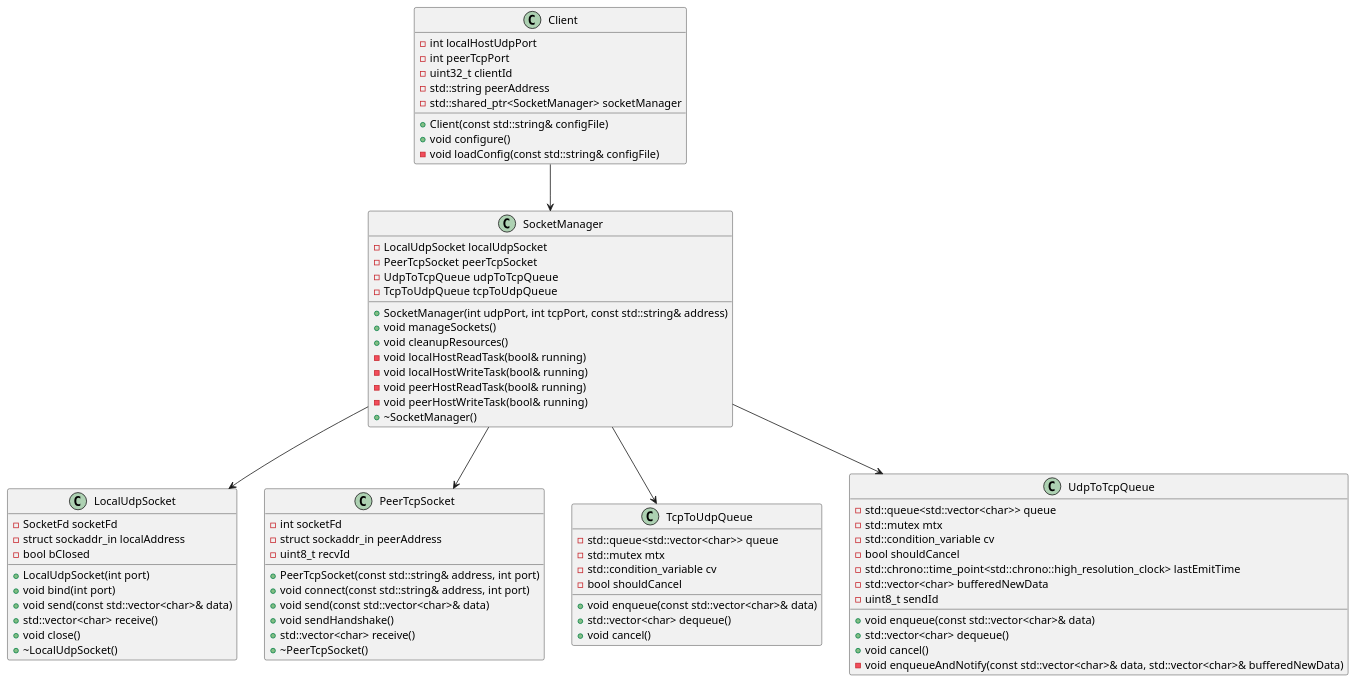
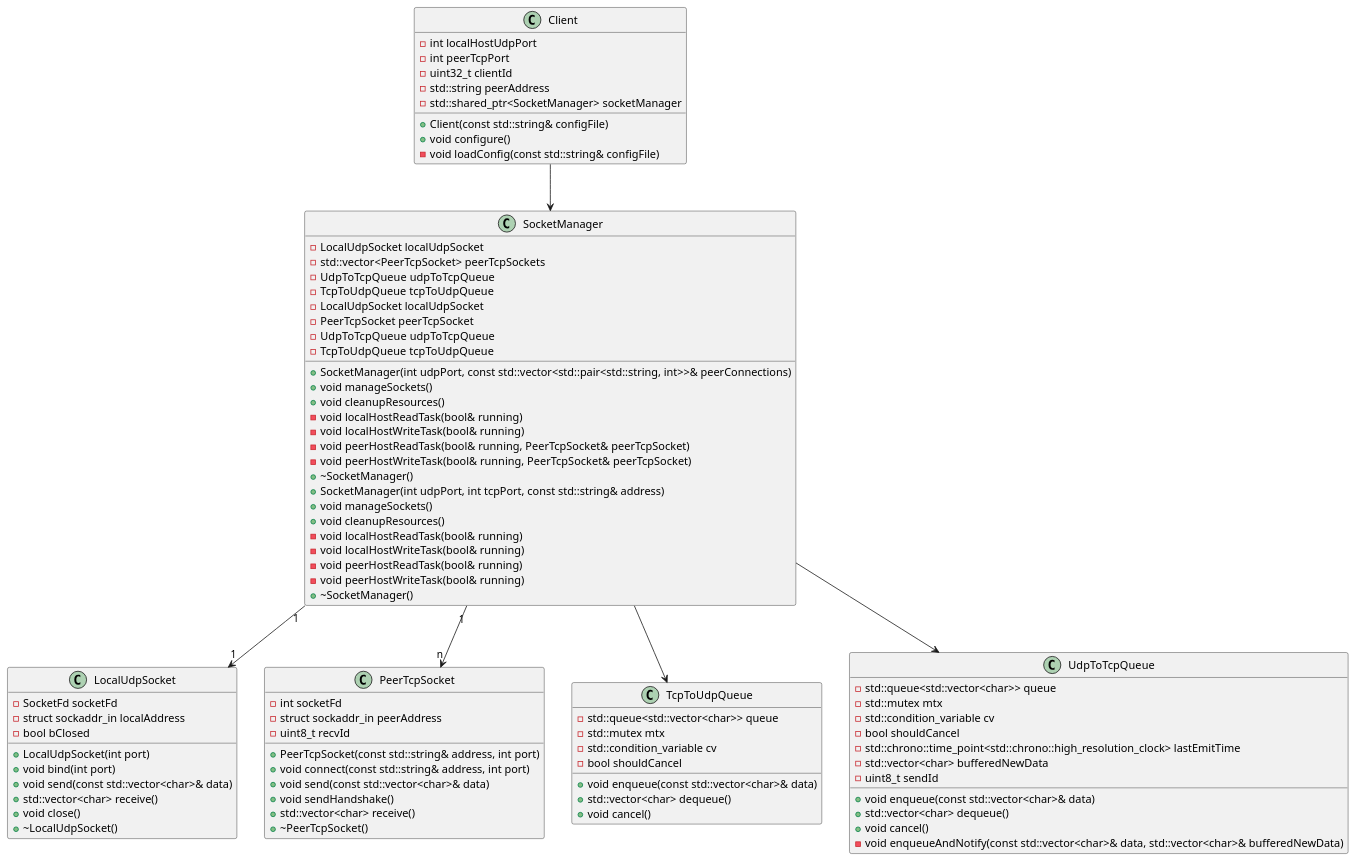
One commit to xiguichen/tcpudp changed the second of 2 diagrams in doc/client.md. Above: the diagram before and after it, drawn with PlantUML. The commit also changed 4 other files, not shown here.

```diff
--- a/doc/client.md
+++ b/doc/client.md
@@ -133,6 +133,20 @@
     + ~PeerTcpSocket()
 }
 
+class SocketManager {
+    - LocalUdpSocket localUdpSocket
+    - std::vector<PeerTcpSocket> peerTcpSockets
+    - UdpToTcpQueue udpToTcpQueue
+    - TcpToUdpQueue tcpToUdpQueue
+    + SocketManager(int udpPort, const std::vector<std::pair<std::string, int>>& peerConnections)
+    + void manageSockets()
+    + void cleanupResources()
+    - void localHostReadTask(bool& running)
+    - void localHostWriteTask(bool& running)
+    - void peerHostReadTask(bool& running, PeerTcpSocket& peerTcpSocket)
+    - void peerHostWriteTask(bool& running, PeerTcpSocket& peerTcpSocket)
+    + ~SocketManager()
+}
 class SocketManager {
     - LocalUdpSocket localUdpSocket
     - PeerTcpSocket peerTcpSocket
@@ -173,8 +187,8 @@
 }
 
 Client --> SocketManager
-SocketManager --> LocalUdpSocket
-SocketManager --> PeerTcpSocket
+SocketManager "1" --> "1" LocalUdpSocket
+SocketManager "1" --> "n" PeerTcpSocket
 SocketManager --> UdpToTcpQueue
 SocketManager --> TcpToUdpQueue
 
```
